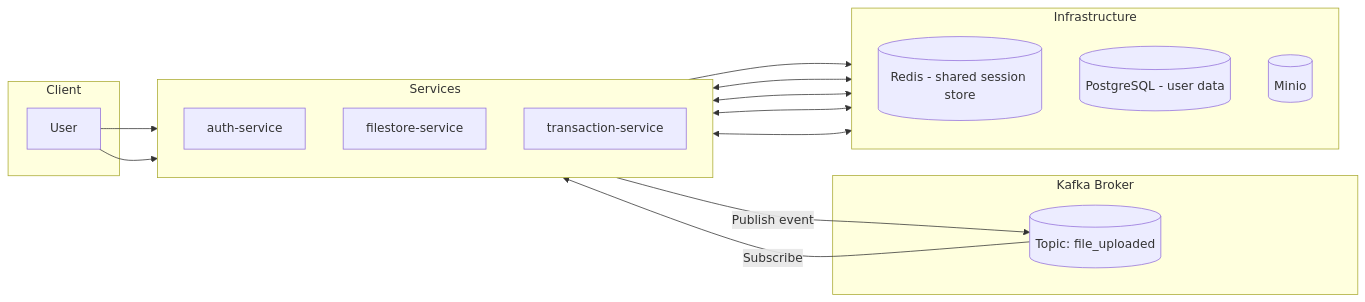
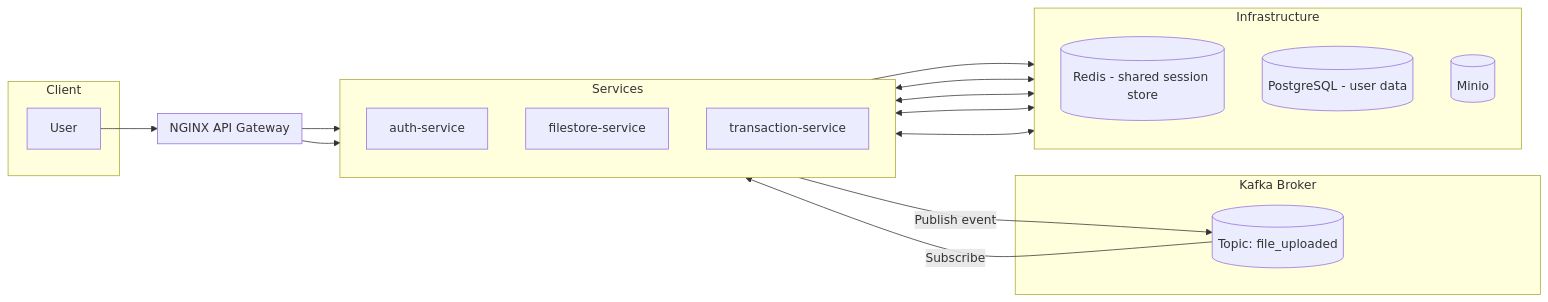
Before and after one commit to adjustmode1/bank-reconciliation-system: the diagram in README.MD, drawn with Mermaid. The commit also changed other lines of this file and 6 other files, not shown here.

````diff
--- a/README.MD
+++ b/README.MD
@@ -1,41 +56,46 @@
 ```mermaid
 flowchart LR
     %% Top layer: Kafka
     subgraph Kafka["Kafka Broker"]
         K[(Topic: file_uploaded)]
     end
 
     %% Middle layer: Client + Gateway + Services
     subgraph Client
         U[User]
+    end
+
+    subgraph Gateway["NGINX API Gateway"]
+        direction TB
     end
 
     subgraph Services
         direction TB
         A[auth-service]
         F[filestore-service]
         T[transaction-service]
     end
 
     %% Bottom layer: Infrastructure
     subgraph Infra["Infrastructure"]
         direction TB
         R[(Redis - shared session store)]
         P[(PostgreSQL - user data)]
         M[(Minio)]
     end
 
     %% Flows
-    U --> A
-    U --> F
+    U --> Gateway
+    Gateway --> A
+    Gateway --> F
 
     A --> P
     A <--> R
     F <--> R
     F <--> M
     T <--> P
 
     F -->|Publish event| K
     K -->|Subscribe| T
 
 ```
````
